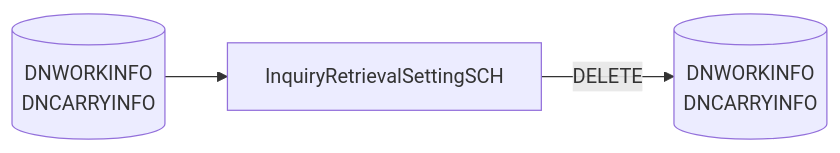
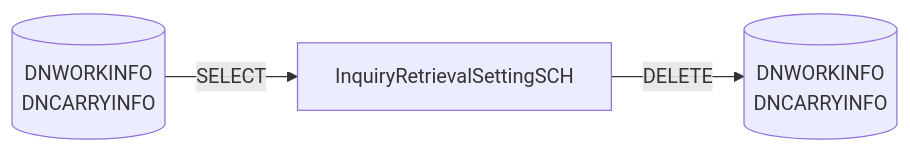
One commit to luthfiadityaa/SimeDarby-Wiki changed the fourth of 10 diagrams in Basic-Design/DFD-WMS/Retrieval/Unplanned-Retrieval-from-HP-Area.md. Above: the diagram before and after it, drawn with Mermaid.

Commit message:
Updated Unplanned Retrieval from HP Area

```diff
--- a/Basic-Design/DFD-WMS/Retrieval/Unplanned-Retrieval-from-HP-Area.md
+++ b/Basic-Design/DFD-WMS/Retrieval/Unplanned-Retrieval-from-HP-Area.md
@@ -205,19 +205,19 @@
 ::: mermaid
 flowchart LR
      tableList-delete[("
         DNWORKINFO
         DNCARRYINFO
     ")]
 
      tableList-select[("
         DNWORKINFO
         DNCARRYINFO
     ")]
 
     className[InquiryRetrievalSettingSCH]
 
-    tableList-select --> className --> |DELETE| tableList-delete
+    tableList-select --> |SELECT| className --> |DELETE| tableList-delete
 
     classDef leftAlign text-align:left;
     class input leftAlign;
 :::
```
